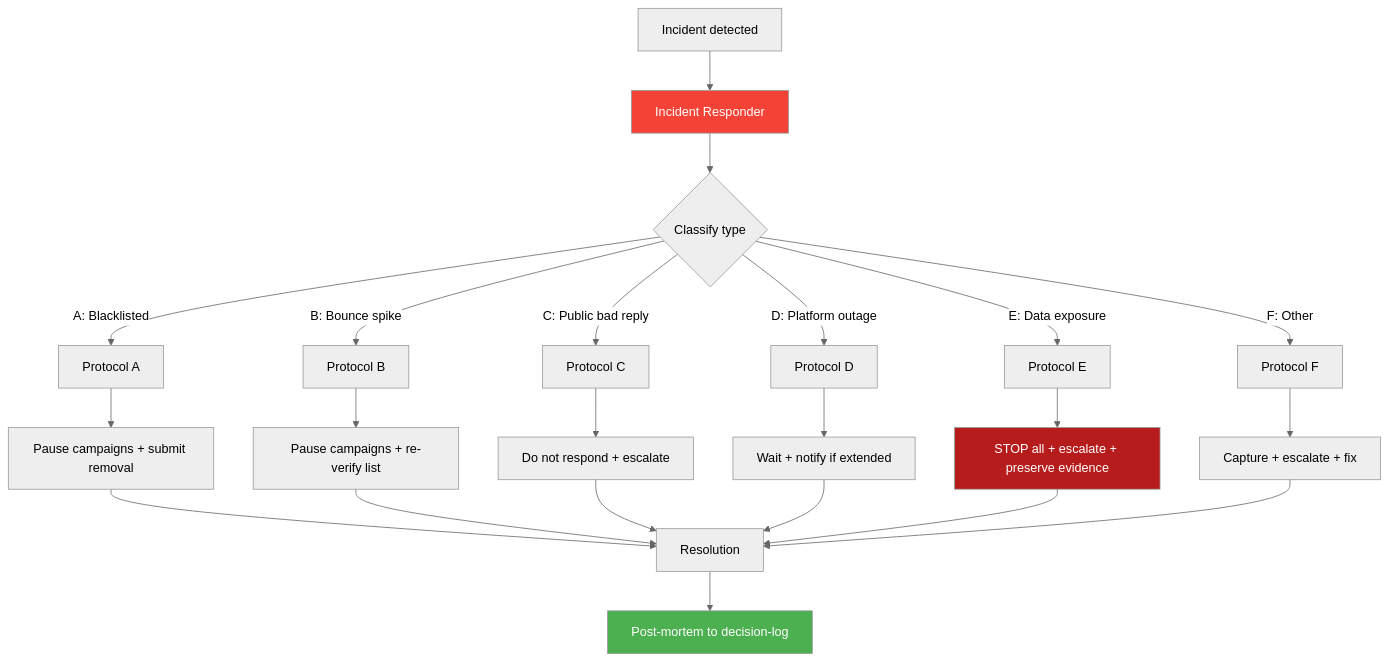
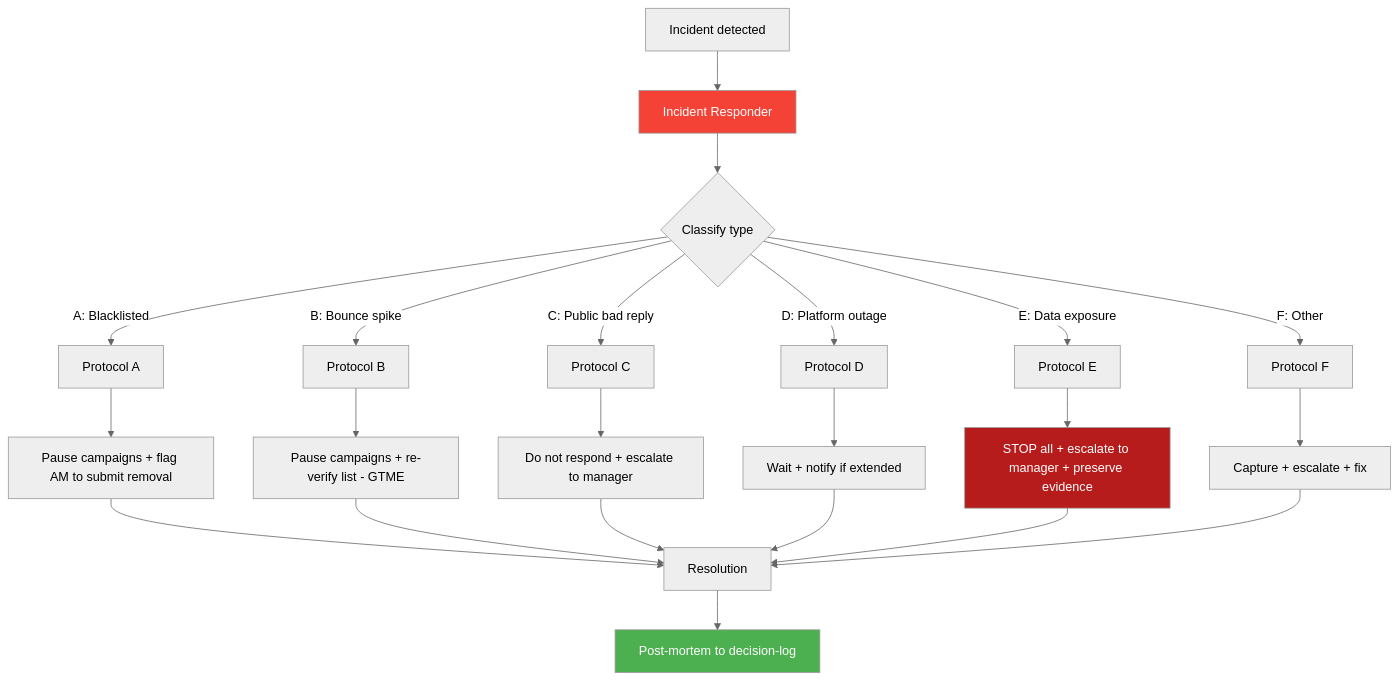
One commit to harryrawles/GTM-Engineer-OS changed the sixth of 8 diagrams in wiki/diagrams.md. Above: the diagram before and after it, drawn with Mermaid (neutral theme). The commit also changed 6 other files, not shown here.

````diff
--- a/wiki/diagrams.md
+++ b/wiki/diagrams.md
@@ -168,30 +168,30 @@
 ```mermaid
 flowchart TD
     A[Incident detected] --> B[Incident Responder]
     B --> C{Classify type}
     C -->|A: Blacklisted| D[Protocol A]
     C -->|B: Bounce spike| E[Protocol B]
     C -->|C: Public bad reply| F[Protocol C]
     C -->|D: Platform outage| G[Protocol D]
     C -->|E: Data exposure| H[Protocol E]
     C -->|F: Other| I[Protocol F]
 
-    D --> J[Pause campaigns + submit removal]
-    E --> K[Pause campaigns + re-verify list]
-    F --> L[Do not respond + escalate]
+    D --> J[Pause campaigns + flag AM to submit removal]
+    E --> K[Pause campaigns + re-verify list - GTME]
+    F --> L[Do not respond + escalate to manager]
     G --> M[Wait + notify if extended]
-    H --> N[STOP all + escalate + preserve evidence]
+    H --> N[STOP all + escalate to manager + preserve evidence]
     I --> O[Capture + escalate + fix]
 
     J --> P[Resolution]
     K --> P
     L --> P
     M --> P
     N --> P
     O --> P
     P --> Q[Post-mortem to decision-log]
 
     style B fill:#F44336,color:#fff
     style N fill:#B71C1C,color:#fff
     style Q fill:#4CAF50,color:#fff
 ```
````
